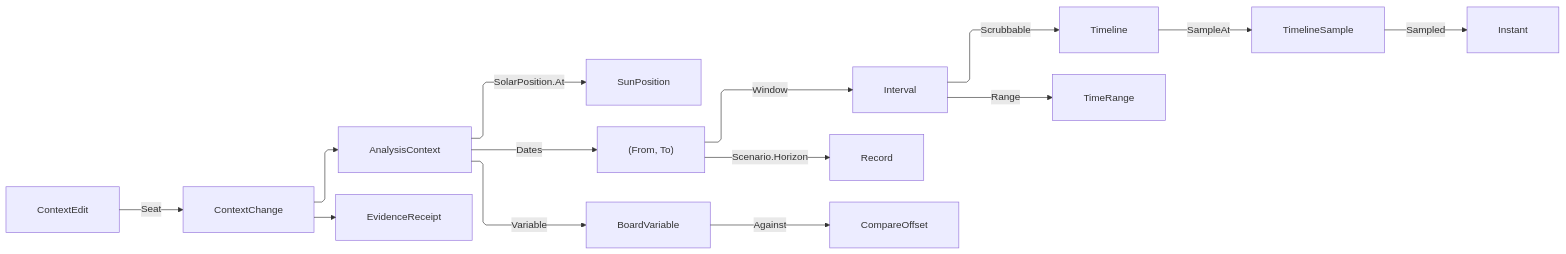
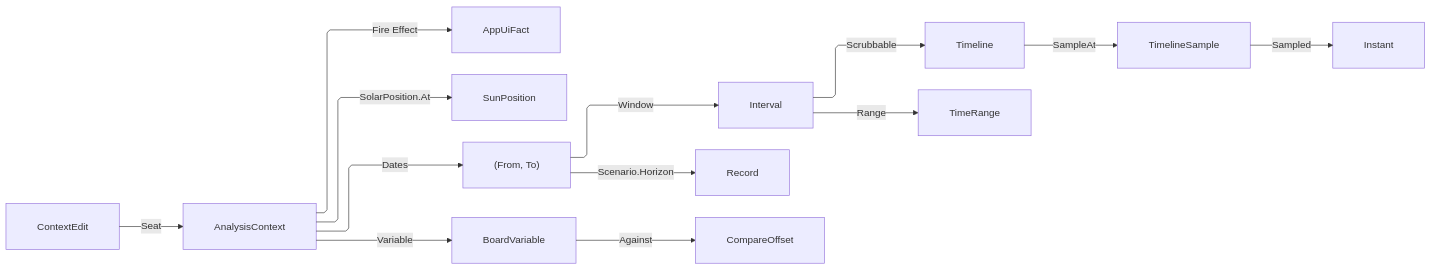
The diagram in libs/dotnet/Rasm.AppUi/.planning/Analysis/context.md (bsamiee/Rasm), drawn with Mermaid before and after one commit. The commit also changed other lines of this file and 1417 other files, not shown here.

````diff
--- a/libs/dotnet/Rasm.AppUi/.planning/Analysis/context.md
+++ b/libs/dotnet/Rasm.AppUi/.planning/Analysis/context.md
@@ -284,25 +287,24 @@
 ```mermaid
 ---
 config:
   layout: elk
   flowchart:
     curve: linear
     padding: 25
 ---
 flowchart LR
     accTitle: One analysis context, its one seat, and its three projections
-    accDescr: Three context verbs arriving as one closed edit family through a single seat that re-admits the coordinate and mints its evidence receipt, whose single civil date pair resolves into a solar window and a horizon-shifted record window, composing the kernel solar almanac and publishing a linear scrub track for the animation playhead, an absolute board range for chart binding, and an admitted scenario variable that feeds the settled comparison ghost.
-    ContextEdit -->|Seat| ContextChange
-    ContextChange --> AnalysisContext
-    ContextChange --> EvidenceReceipt
+    accDescr: Three context verbs arriving as one closed edit family through a single seat that re-admits the coordinate, fires its settled fact, and resolves one civil date pair into the solar window, horizon-shifted record window, linear scrub track, absolute board range, and scenario variable.
+    ContextEdit -->|Seat| AnalysisContext
+    AnalysisContext -->|Fire Effect| AppUiFact
     AnalysisContext -->|SolarPosition.At| SunPosition
     AnalysisContext -->|Dates| CivilSpan["(From, To)"]
     CivilSpan -->|Window| Interval
     CivilSpan -->|Scenario.Horizon| RecordWindow["Record"]
     Interval -->|Scrubbable| Timeline
     Timeline -->|SampleAt| TimelineSample
     TimelineSample -->|Sampled| Instant
     Interval -->|Range| TimeRange
     AnalysisContext -->|Variable| BoardVariable
     BoardVariable -->|Against| CompareOffset
 ```
````
